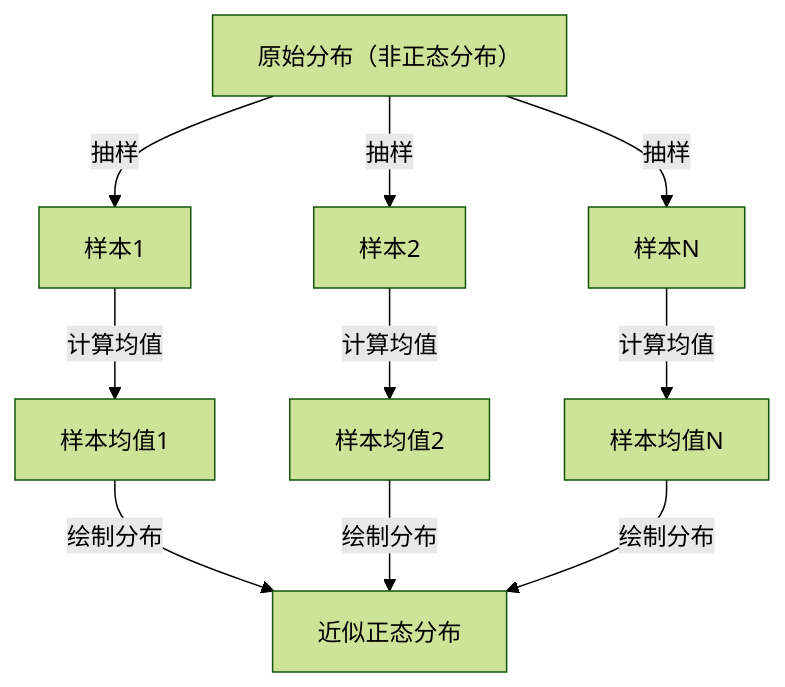
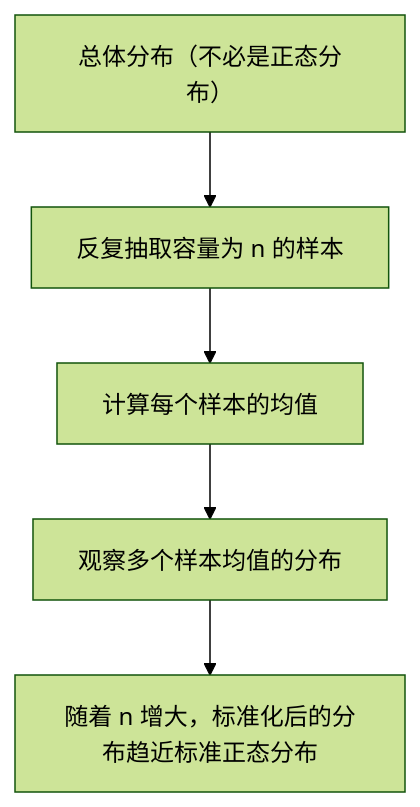
The diagram in content/post/central-limit-theorem/index.zh-cn.md (kenjinote/blog), drawn with Mermaid (forest theme) before and after one commit. The commit also changed other lines of this file and 15 other files, not shown here.

````diff
--- a/content/post/central-limit-theorem/index.zh-cn.md
+++ b/content/post/central-limit-theorem/index.zh-cn.md
@@ -44,12 +44,7 @@
 ```mermaid
 graph TD
-    A["原始分布（非正态分布）"] -->|"抽样"| B["样本1"]
-    A -->|"抽样"| C["样本2"]
-    A -->|"抽样"| D["样本N"]
-    B -->|"计算均值"| E["样本均值1"]
-    C -->|"计算均值"| F["样本均值2"]
-    D -->|"计算均值"| G["样本均值N"]
-    E -->|"绘制分布"| H["近似正态分布"]
-    F -->|"绘制分布"| H
-    G -->|"绘制分布"| H
+    A["总体分布（不必是正态分布）"] --> B["反复抽取容量为 n 的样本"]
+    B --> C["计算每个样本的均值"]
+    C --> D["观察多个样本均值的分布"]
+    D --> E["随着 n 增大，标准化后的分布趋近标准正态分布"]
 ```
````
